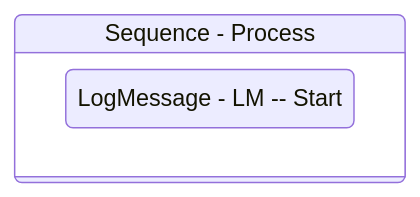
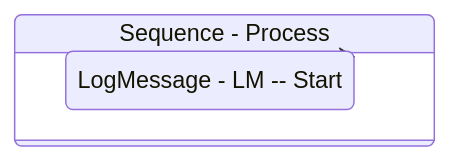
Before and after one commit to yashbrahmbhatt/LazyFramework: the diagram in Documentation/.templates/Performers/Basic/Framework/Process.md, drawn with Mermaid. The commit also changed 83 other files, not shown here.

````diff
--- a/Documentation/.templates/Performers/Basic/Framework/Process.md
+++ b/Documentation/.templates/Performers/Basic/Framework/Process.md
@@ -91,10 +91,10 @@
 ```mermaid
 stateDiagram-v2
-
 
 Sequence_1: Sequence - Process
 state Sequence_1 {
 direction TB
 LogMessage_1 : LogMessage - LM -- Start
 }
+LogMessage_1 --> Sequence_1
 ```
````
